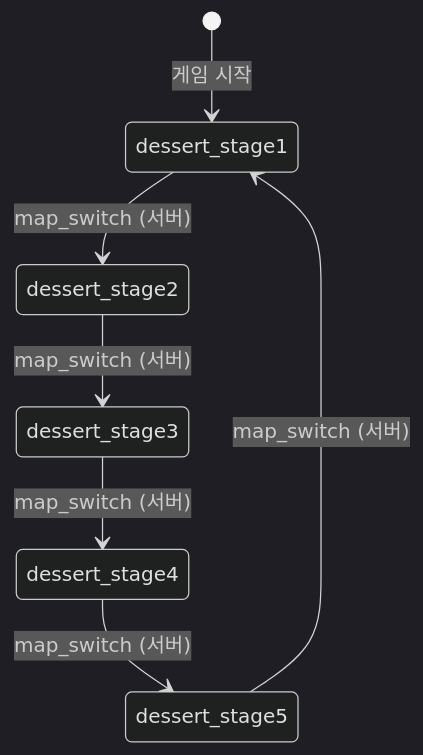
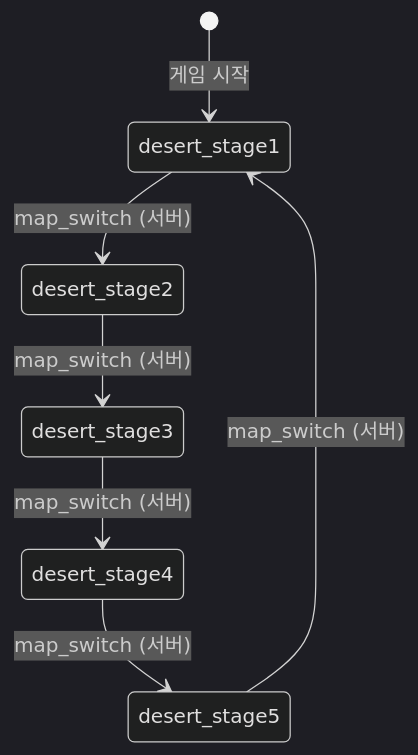
One commit to boostcampwm2025/web19-estrogenquattro changed the third of 4 diagrams in docs/architecture/GAME_ENGINE.md. Above: the diagram before and after it, drawn with Mermaid (dark theme). The commit also changed other lines of this file and 6 other files, not shown here.

First line of the commit message:
docs: 문서 동기화 (ERD, API, 아키텍처)

````diff
--- a/docs/architecture/GAME_ENGINE.md
+++ b/docs/architecture/GAME_ENGINE.md
@@ -258,15 +263,15 @@
 ```mermaid
 stateDiagram-v2
-    Stage1: dessert_stage1
-    Stage2: dessert_stage2
-    Stage3: dessert_stage3
-    Stage4: dessert_stage4
-    Stage5: dessert_stage5
+    Stage1: desert_stage1
+    Stage2: desert_stage2
+    Stage3: desert_stage3
+    Stage4: desert_stage4
+    Stage5: desert_stage5
 
     [*] --> Stage1: 게임 시작
     Stage1 --> Stage2: map_switch (서버)
     Stage2 --> Stage3: map_switch (서버)
     Stage3 --> Stage4: map_switch (서버)
     Stage4 --> Stage5: map_switch (서버)
     Stage5 --> Stage1: map_switch (서버)
 ```
````
